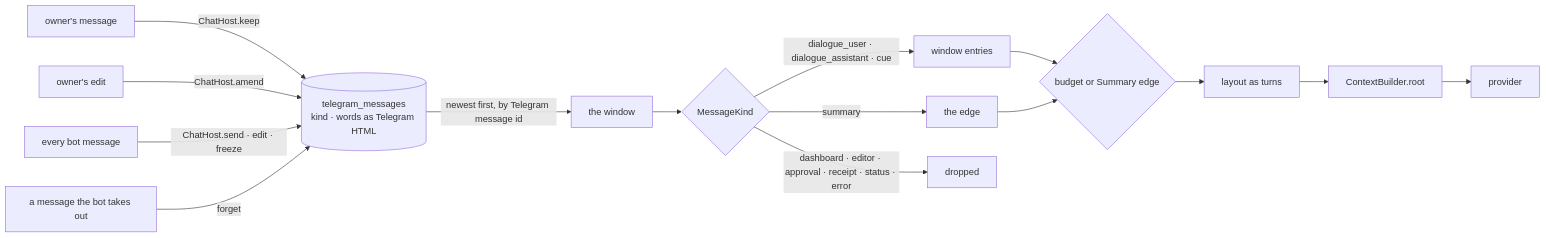
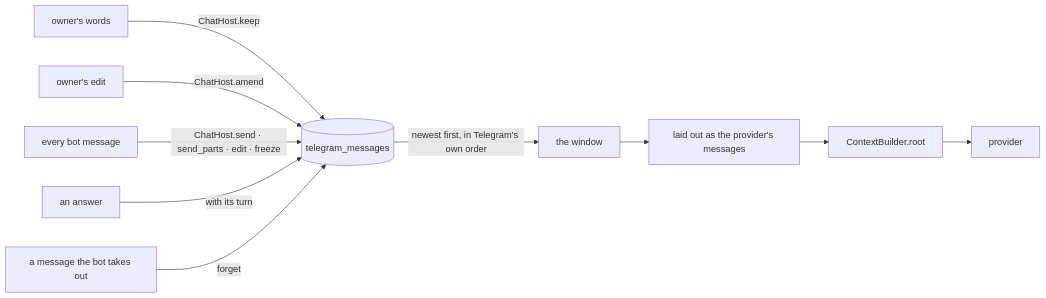
The diagram in docs/LLM_HISTORY.md (myvaheed/tg-ai-safwa), drawn with Mermaid before and after one commit. The commit also changed other lines of this file and 33 other files, not shown here.

````diff
--- a/docs/LLM_HISTORY.md
+++ b/docs/LLM_HISTORY.md
@@ -19,17 +8,12 @@
 ```mermaid
 flowchart LR
-    OWN[owner's message] -->|ChatHost.keep| T[(telegram_messages<br/>kind · words as Telegram HTML)]
+    OWN[owner's words] -->|ChatHost.keep| T[(telegram_messages)]
     EDIT[owner's edit] -->|ChatHost.amend| T
-    BOT[every bot message] -->|ChatHost.send · edit · freeze| T
+    BOT[every bot message] -->|ChatHost.send · send_parts · edit · freeze| T
+    ANS[an answer] -->|with its turn| T
     GONE[a message the bot takes out] -->|forget| T
-    T -->|newest first, by Telegram message id| W[the window]
-    W --> K{MessageKind}
-    K -->|dialogue_user · dialogue_assistant · cue| E[window entries]
-    K -->|summary| S[the edge]
-    K -->|dashboard · editor · approval · receipt · status · error| X[dropped]
-    E --> B{budget or Summary edge}
-    S --> B
-    B --> L[layout as turns]
+    T -->|newest first, in Telegram's own order| W[the window]
+    W --> L[laid out as the provider's messages]
     L --> C[ContextBuilder.root]
     C --> P[provider]
 ```
````
